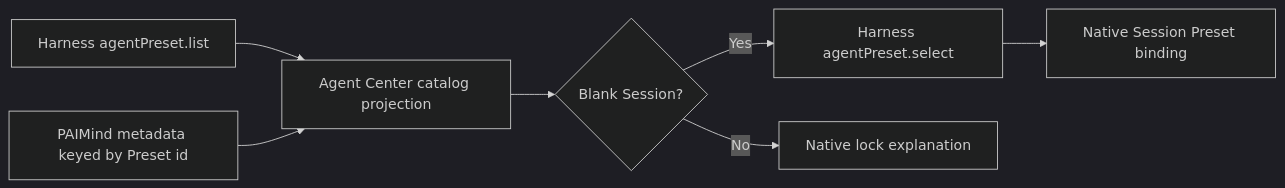
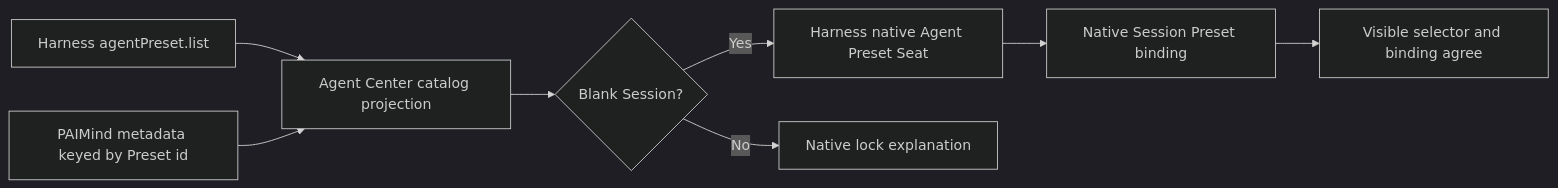
Before and after one commit to Hanyan179/paimind-harness-plugins: the diagram in docs/plans/FP-09-agent-center.md, drawn with Mermaid (dark theme). The commit also changed other lines of this file and 290 other files, not shown here.

````diff
--- a/docs/plans/FP-09-agent-center.md
+++ b/docs/plans/FP-09-agent-center.md
@@ -40,9 +40,10 @@
 ```mermaid
 flowchart LR
     H["Harness agentPreset.list"] --> C["Agent Center catalog projection"]
     M["PAIMind metadata keyed by Preset id"] --> C
     C --> S{"Blank Session?"}
-    S -- "Yes" --> A["Harness agentPreset.select"]
+    S -- "Yes" --> A["Harness native Agent Preset Seat"]
     S -- "No" --> L["Native lock explanation"]
     A --> B["Native Session Preset binding"]
+    B --> V["Visible selector and binding agree"]
 ```
````
